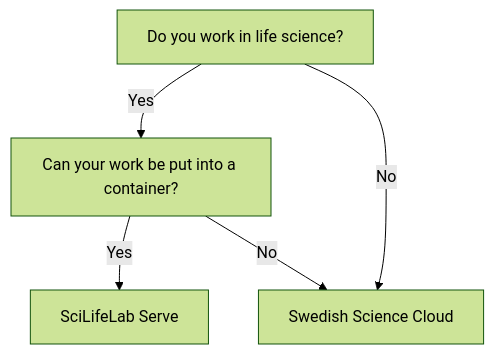
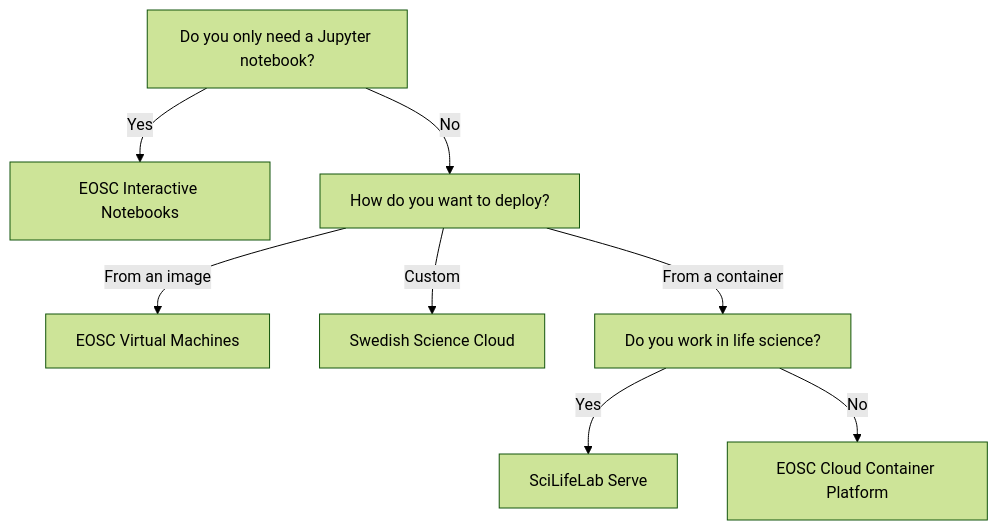
One commit to NBISweden/SCoRe_user_doc changed the diagram in docs/web_host_1.md. Above: the diagram before and after it, drawn with Mermaid (forest theme).

Commit message:
Improve layout decision tree #14

````diff
--- a/docs/web_host_1.md
+++ b/docs/web_host_1.md
@@ -10,11 +10,23 @@
 ```mermaid
 flowchart TD
-  container[Can your work be put into a container?]
-  life_science[Do you work in life science?]
+
+  eosc_interactive_notebooks[EOSC Interactive Notebooks]
+  eosc_virtual_machines[EOSC Virtual Machines]
+  scc[Swedish Science Cloud]
+
   sll_serve[SciLifeLab Serve]
-  ssc[Swedish Science Cloud]
-  life_science --> |Yes| container
-  life_science --> |No| ssc
-  container --> |Yes| sll_serve
-  container --> |No| ssc
+  eosc_cloud_container_platform[EOSC Cloud Container Platform]
+
+  question_notebook[Do you only need a Jupyter notebook?]
+  question_notebook --> |Yes| eosc_interactive_notebooks
+  question_notebook --> |No| question_deployment
+
+  question_deployment[How do you want to deploy?]
+  question_deployment --> |From a container| question_life_science
+  question_deployment --> |From an image| eosc_virtual_machines
+  question_deployment --> |Custom| scc
+
+  question_life_science[Do you work in life science?]
+  question_life_science --> |Yes| sll_serve
+  question_life_science --> |No| eosc_cloud_container_platform	
 ```
````
